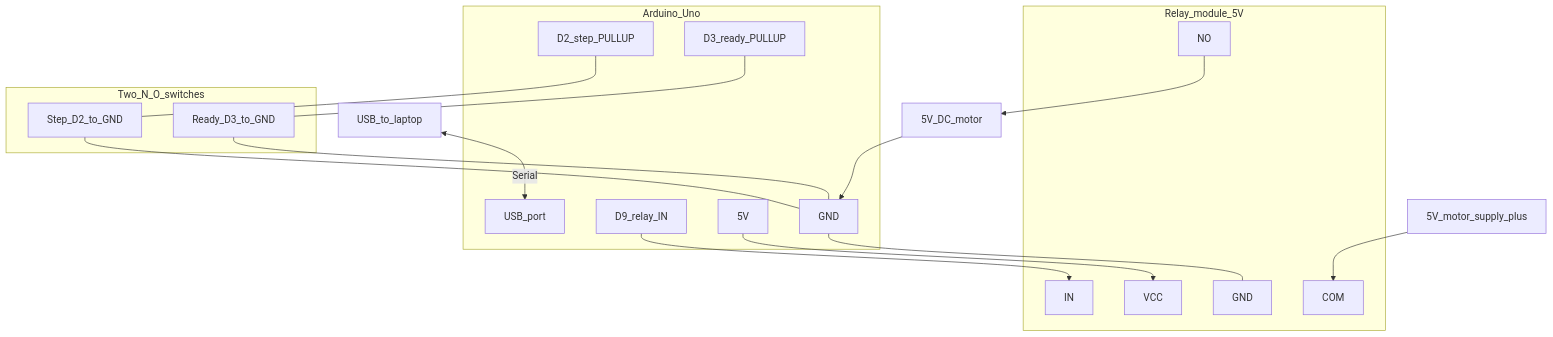
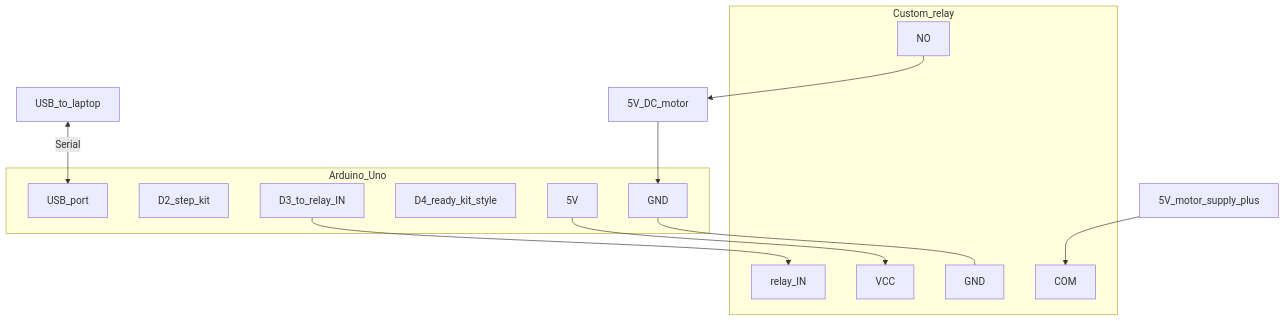
One commit to mosbuma/aap-time changed the second of 4 diagrams in PLAN.md. Above: the diagram before and after it, drawn with Mermaid. The commit also changed other lines of this file and 2 other files, not shown here.

Commit message:
Update PLAN.md and links.md with details for DFRobot Experiment 13 setup, including hardware configuration, switch and relay logic, and updated resource links.

````diff
--- a/PLAN.md
+++ b/PLAN.md
@@ -130,37 +129,29 @@
 ```mermaid
 flowchart TB
   USB[USB_to_laptop]
   subgraph uno [Arduino_Uno]
     UsbB[USB_port]
-    D2[D2_step_PULLUP]
-    D3[D3_ready_PULLUP]
-    D9[D9_relay_IN]
+    D2[D2_step_kit]
+    D3[D3_to_relay_IN]
+    D4[D4_ready_kit_style]
     V5[5V]
     GNDa[GND]
   end
-  subgraph sw [Two_N_O_switches]
-    SWs[Step_D2_to_GND]
-    SWr[Ready_D3_to_GND]
-  end
-  subgraph rly [Relay_module_5V]
-    RIN[IN]
+  subgraph rly [Custom_relay]
+    RIN[relay_IN]
     RVcc[VCC]
     RGND[GND]
     RCOM[COM]
     RNO[NO]
   end
   Vmot[5V_motor_supply_plus]
   M[5V_DC_motor]
 
   USB <-->|Serial| UsbB
-  D2 --- SWs
-  SWs --- GNDa
-  D3 --- SWr
-  SWr --- GNDa
-  D9 --> RIN
+  D3 --> RIN
   V5 --> RVcc
   GNDa --- RGND
   Vmot --> RCOM
   RNO --> M
   M --> GNDa
 ```
````
